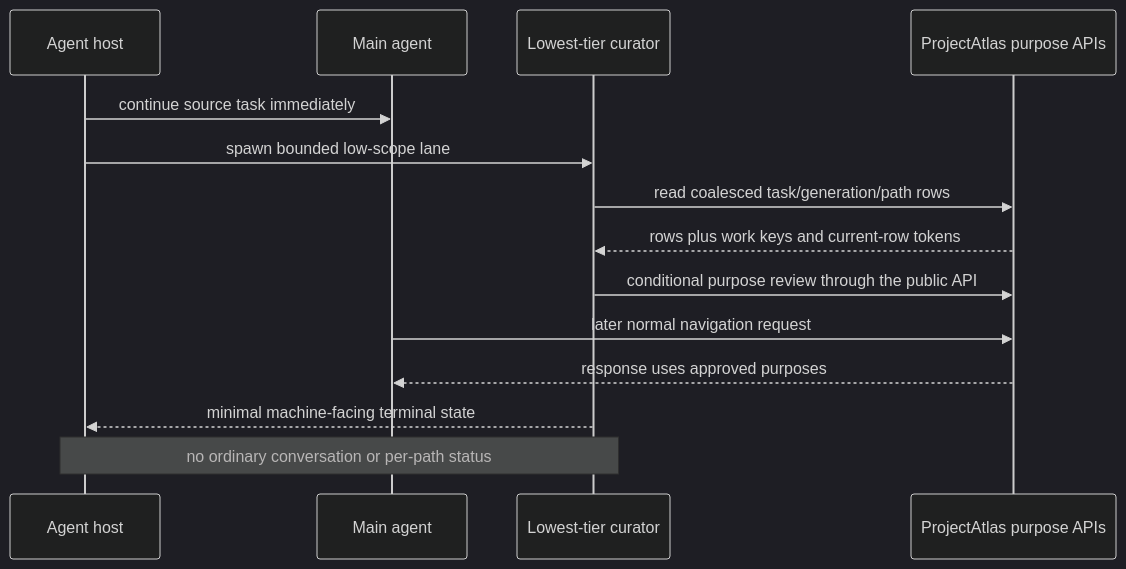
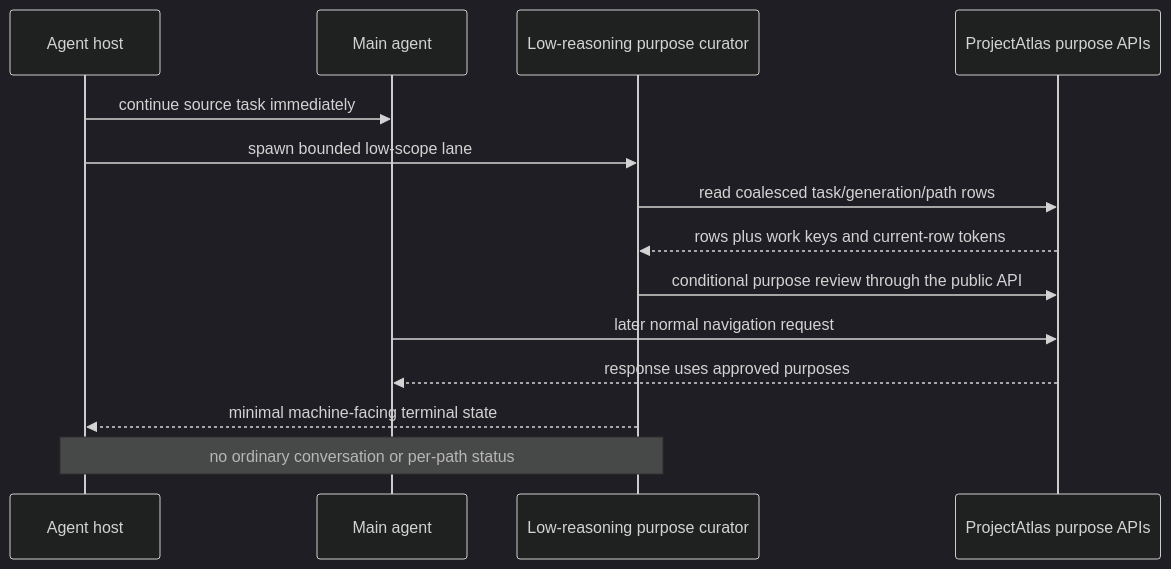
One commit to styler-ai/ProjectAtlas changed the fourth of 4 diagrams in docs/agent-navigation.md. Above: the diagram before and after it, drawn with Mermaid (dark theme). The commit also changed other lines of this file and 3 other files, not shown here.

Commit message:
docs(architecture): reconcile v0.4 contracts (#308)

````diff
--- a/docs/agent-navigation.md
+++ b/docs/agent-navigation.md
@@ -157,17 +156,17 @@
 ```mermaid
 sequenceDiagram
     participant Host as Agent host
     participant Main as Main agent
-    participant Curator as Lowest-tier curator
+    participant Curator as Low-reasoning purpose curator
     participant Atlas as ProjectAtlas purpose APIs
 
     Host->>Main: continue source task immediately
     Host->>Curator: spawn bounded low-scope lane
     Curator->>Atlas: read coalesced task/generation/path rows
     Atlas-->>Curator: rows plus work keys and current-row tokens
     Curator->>Atlas: conditional purpose review through the public API
     Main->>Atlas: later normal navigation request
     Atlas-->>Main: response uses approved purposes
     Curator-->>Host: minimal machine-facing terminal state
     Note over Curator,Host: no ordinary conversation or per-path status
 ```
````
